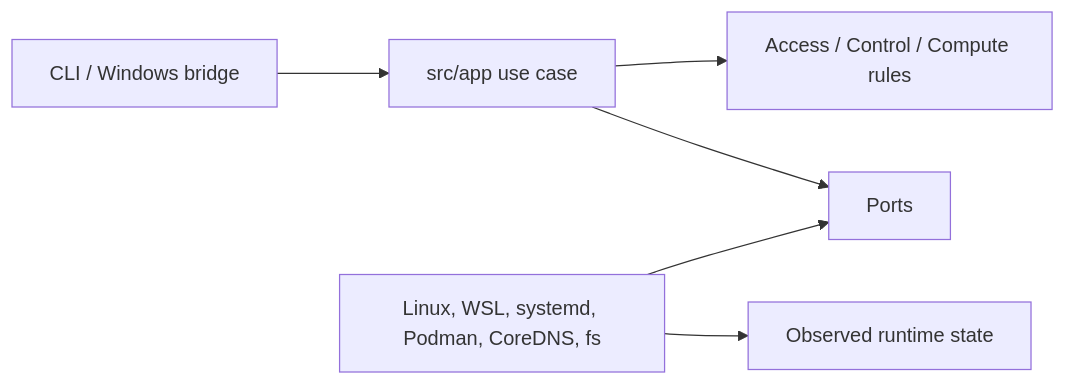
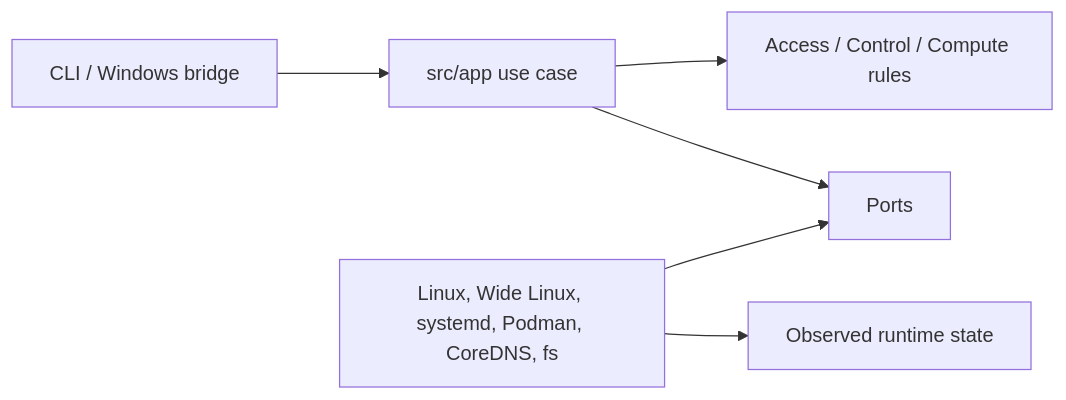
The second of 2 diagrams in docs/02-architecture.md (mayas-alas/quetzalcoatl), drawn with Mermaid before and after one commit. The commit also changed other lines of this file and 10 other files, not shown here.

Commit message:
docs: define Wide Linux taxonomy and app surface

````diff
--- a/docs/02-architecture.md
+++ b/docs/02-architecture.md
@@ -54,8 +57,8 @@
 ```mermaid
 flowchart LR
   CLI[CLI / Windows bridge] --> App[src/app use case]
   App --> Domain[Access / Control / Compute rules]
   App --> Ports[Ports]
-  Adapters[Linux, WSL, systemd, Podman, CoreDNS, fs] --> Ports
+  Adapters[Linux, Wide Linux, systemd, Podman, CoreDNS, fs] --> Ports
   Adapters --> Runtime[Observed runtime state]
 ```
````
